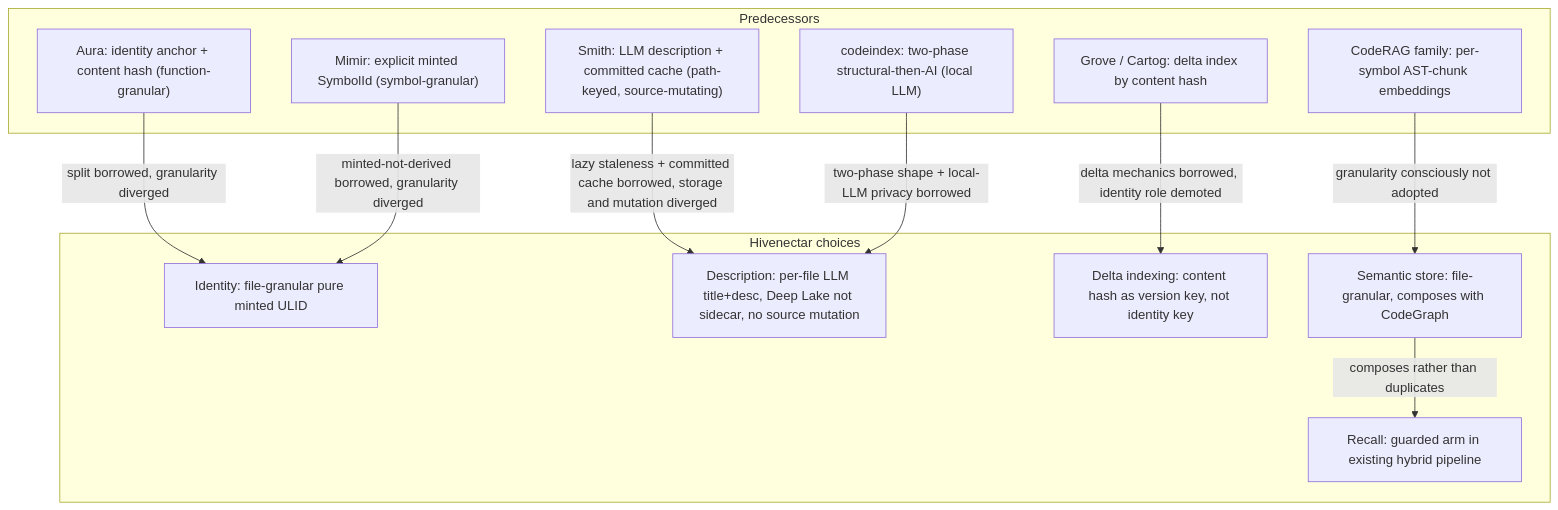
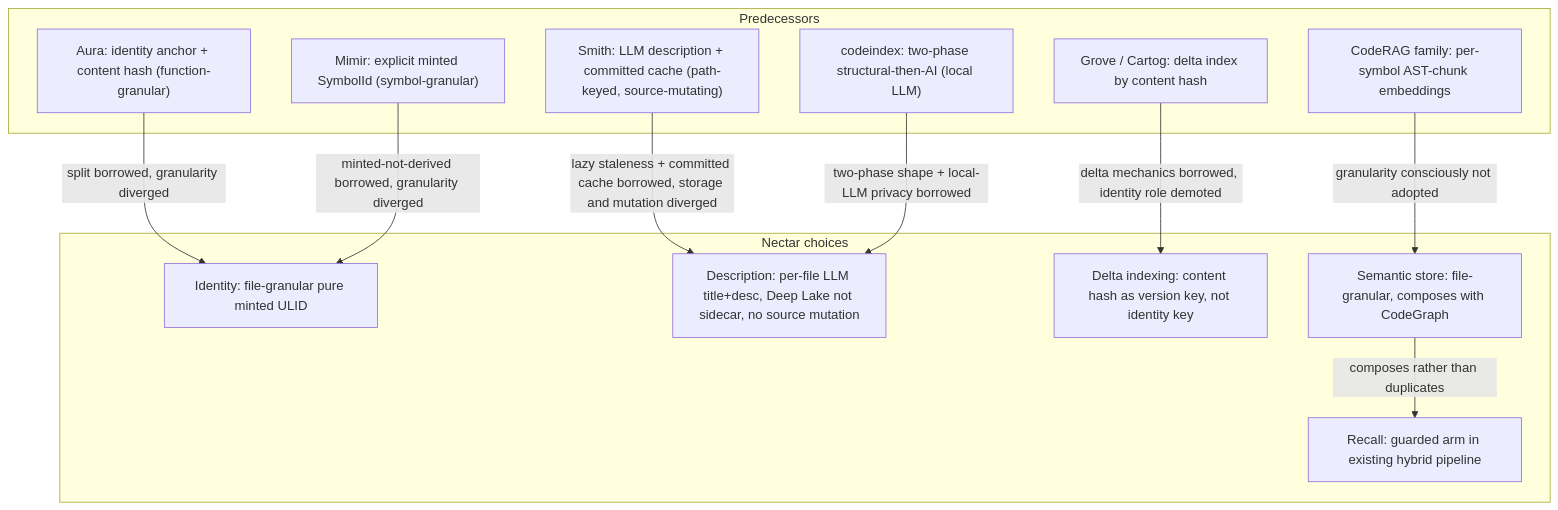
Before and after one commit to legioncodeinc/nectar: the diagram in library/knowledge/private/reference/prior-art-deep-dive/prior-art-ecosystem-story-arc.md, drawn with Mermaid. The commit also changed other lines of this file and 337 other files, not shown here.

````diff
--- a/library/knowledge/private/reference/prior-art-deep-dive/prior-art-ecosystem-story-arc.md
+++ b/library/knowledge/private/reference/prior-art-deep-dive/prior-art-ecosystem-story-arc.md
@@ -28,25 +28,25 @@
 ```mermaid
 flowchart TD
     subgraph prior[Predecessors]
         aura["Aura: identity anchor + content hash (function-granular)"]
         mimir["Mimir: explicit minted SymbolId (symbol-granular)"]
         smith["Smith: LLM description + committed cache (path-keyed, source-mutating)"]
         codeindex["codeindex: two-phase structural-then-AI (local LLM)"]
         grove["Grove / Cartog: delta index by content hash"]
         coderag["CodeRAG family: per-symbol AST-chunk embeddings"]
     end
-    subgraph choices[Hivenectar choices]
+    subgraph choices[Nectar choices]
         c1["Identity: file-granular pure minted ULID"]
         c2["Description: per-file LLM title+desc, Deep Lake not sidecar, no source mutation"]
         c3["Delta indexing: content hash as version key, not identity key"]
         c4["Semantic store: file-granular, composes with CodeGraph"]
         c5["Recall: guarded arm in existing hybrid pipeline"]
     end
     aura -->|split borrowed, granularity diverged| c1
     mimir -->|minted-not-derived borrowed, granularity diverged| c1
     smith -->|lazy staleness + committed cache borrowed, storage and mutation diverged| c2
     codeindex -->|two-phase shape + local-LLM privacy borrowed| c2
     grove -->|delta mechanics borrowed, identity role demoted| c3
     coderag -->|granularity consciously not adopted| c4
     c4 -->|composes rather than duplicates| c5
 ```
````
